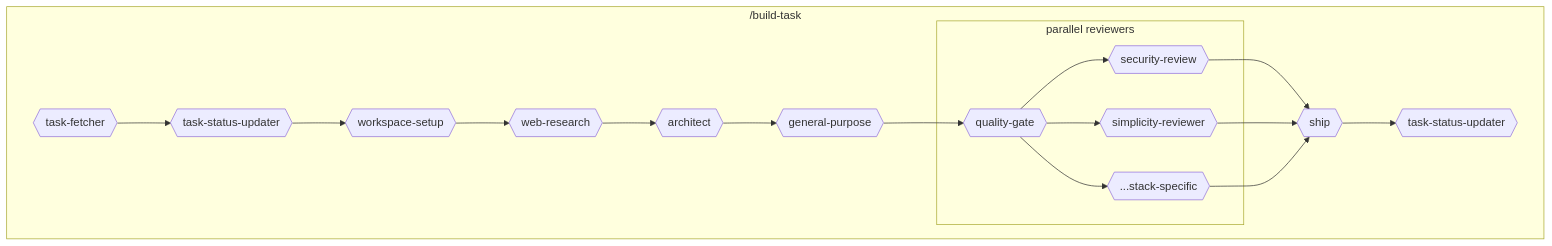
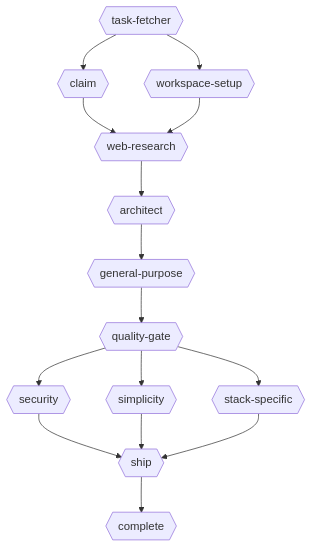
One commit to majesticlabs-dev/majestic-marketplace changed the first of 3 diagrams in plugins/majestic-engineer/README.md. Above: the diagram before and after it, drawn with Mermaid. The commit also changed other lines of this file, not shown here.

Commit message:
docs(workflows): improve build-task diagram with parallel execution
- Vertical layout for better readability
- Show claim + workspace-setup running in parallel
- Cleaner stage-based table format
- Shorter agent names in diagram

````diff
--- a/plugins/majestic-engineer/README.md
+++ b/plugins/majestic-engineer/README.md
@@ -27,22 +27,24 @@
 ```mermaid
 graph TD
-    subgraph "/build-task"
-        F{{task-fetcher}} --> CL{{task-status-updater}}
-        CL --> W{{workspace-setup}}
-        W --> WR{{web-research}}
-        WR --> AR{{architect}}
-        AR --> GP{{general-purpose}}
-        GP --> QG{{quality-gate}}
+    F{{task-fetcher}}
 
-        subgraph "parallel reviewers"
-            QG --> R1{{security-review}}
-            QG --> R2{{simplicity-reviewer}}
-            QG --> R3{{...stack-specific}}
-        end
+    F --> CL{{claim}}
+    F --> W{{workspace-setup}}
 
-        R1 --> SH{{ship}}
-        R2 --> SH
-        R3 --> SH
-        SH --> TSU{{task-status-updater}}
-    end
+    CL --> R{{web-research}}
+    W --> R
+
+    R --> AR{{architect}}
+    AR --> GP{{general-purpose}}
+    GP --> QG{{quality-gate}}
+
+    QG --> R1{{security}}
+    QG --> R2{{simplicity}}
+    QG --> R3{{stack-specific}}
+
+    R1 --> SH{{ship}}
+    R2 --> SH
+    R3 --> SH
+
+    SH --> TSU{{complete}}
 ```
````
